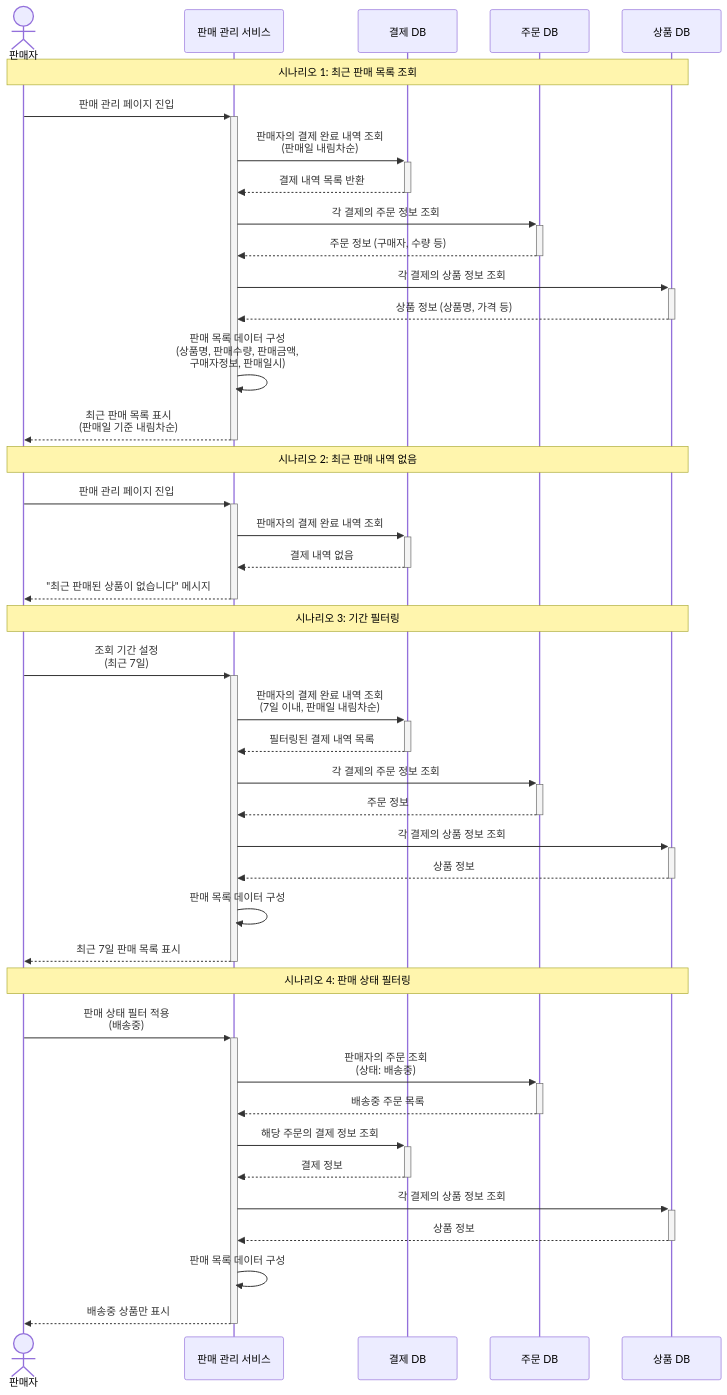
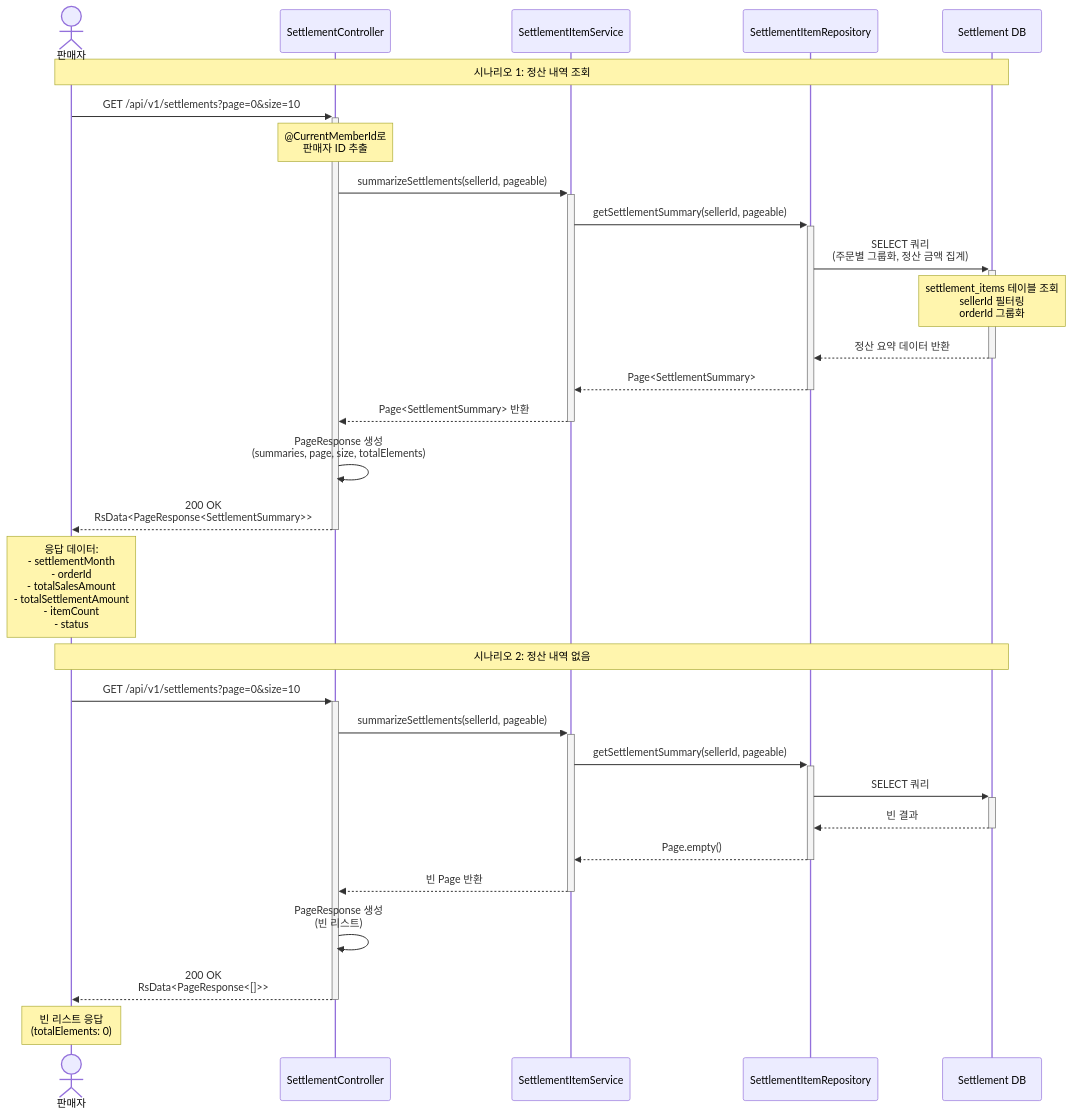
One commit to prgrms-be-adv-devcourse/beadv4_4_Team201_BE changed the diagram in docs/sequences/4.15-recent-sales-list.md. Above: the diagram before and after it, drawn with Mermaid. The commit also changed other lines of this file and 48 other files, not shown here.

````diff
--- a/docs/sequences/4.15-recent-sales-list.md
+++ b/docs/sequences/4.15-recent-sales-list.md
@@ -5,64 +5,51 @@
 ```mermaid
 sequenceDiagram
     actor Seller as 판매자
-    participant SalesService as 판매 관리 서비스
-    participant PaymentDB as 결제 DB
-    participant OrderDB as 주문 DB
-    participant ProductDB as 상품 DB
+    participant Controller as SettlementController
+    participant SettlementItemService as SettlementItemService
+    participant SettlementItemRepository as SettlementItemRepository
+    participant SettlementDB as Settlement DB
 
-    Note over Seller,ProductDB: 시나리오 1: 최근 판매 목록 조회
+    Note over Seller,SettlementDB: 시나리오 1: 정산 내역 조회
 
-    Seller->>+SalesService: 판매 관리 페이지 진입
-    SalesService->>+PaymentDB: 판매자의 결제 완료 내역 조회<br/>(판매일 내림차순)
-    PaymentDB-->>-SalesService: 결제 내역 목록 반환
+    Seller->>+Controller: GET /api/v1/settlements?page=0&size=10
+    Note over Controller: @CurrentMemberId로<br/>판매자 ID 추출
 
-    SalesService->>+OrderDB: 각 결제의 주문 정보 조회
-    OrderDB-->>-SalesService: 주문 정보 (구매자, 수량 등)
+    Controller->>+SettlementItemService: summarizeSettlements(sellerId, pageable)
 
-    SalesService->>+ProductDB: 각 결제의 상품 정보 조회
-    ProductDB-->>-SalesService: 상품 정보 (상품명, 가격 등)
+    SettlementItemService->>+SettlementItemRepository: getSettlementSummary(sellerId, pageable)
 
-    SalesService->>SalesService: 판매 목록 데이터 구성<br/>(상품명, 판매수량, 판매금액,<br/>구매자정보, 판매일시)
+    SettlementItemRepository->>+SettlementDB: SELECT 쿼리<br/>(주문별 그룹화, 정산 금액 집계)
+    Note over SettlementDB: settlement_items 테이블 조회<br/>sellerId 필터링<br/>orderId 그룹화
 
-    SalesService-->>-Seller: 최근 판매 목록 표시<br/>(판매일 기준 내림차순)
+    SettlementDB-->>-SettlementItemRepository: 정산 요약 데이터 반환
 
-    Note over Seller,ProductDB: 시나리오 2: 최근 판매 내역 없음
+    SettlementItemRepository-->>-SettlementItemService: Page<SettlementSummary>
 
-    Seller->>+SalesService: 판매 관리 페이지 진입
-    SalesService->>+PaymentDB: 판매자의 결제 완료 내역 조회
-    PaymentDB-->>-SalesService: 결제 내역 없음
+    SettlementItemService-->>-Controller: Page<SettlementSummary> 반환
 
-    SalesService-->>-Seller: "최근 판매된 상품이 없습니다" 메시지
+    Controller->>Controller: PageResponse 생성<br/>(summaries, page, size, totalElements)
 
-    Note over Seller,ProductDB: 시나리오 3: 기간 필터링
+    Controller-->>-Seller: 200 OK<br/>RsData<PageResponse<SettlementSummary>>
 
-    Seller->>+SalesService: 조회 기간 설정<br/>(최근 7일)
-    SalesService->>+PaymentDB: 판매자의 결제 완료 내역 조회<br/>(7일 이내, 판매일 내림차순)
-    PaymentDB-->>-SalesService: 필터링된 결제 내역 목록
+    Note over Seller: 응답 데이터:<br/>- settlementMonth<br/>- orderId<br/>- totalSalesAmount<br/>- totalSettlementAmount<br/>- itemCount<br/>- status
 
-    SalesService->>+OrderDB: 각 결제의 주문 정보 조회
-    OrderDB-->>-SalesService: 주문 정보
+    Note over Seller,SettlementDB: 시나리오 2: 정산 내역 없음
 
-    SalesService->>+ProductDB: 각 결제의 상품 정보 조회
-    ProductDB-->>-SalesService: 상품 정보
+    Seller->>+Controller: GET /api/v1/settlements?page=0&size=10
+    Controller->>+SettlementItemService: summarizeSettlements(sellerId, pageable)
+    SettlementItemService->>+SettlementItemRepository: getSettlementSummary(sellerId, pageable)
 
-    SalesService->>SalesService: 판매 목록 데이터 구성
+    SettlementItemRepository->>+SettlementDB: SELECT 쿼리
+    SettlementDB-->>-SettlementItemRepository: 빈 결과
 
-    SalesService-->>-Seller: 최근 7일 판매 목록 표시
+    SettlementItemRepository-->>-SettlementItemService: Page.empty()
 
-    Note over Seller,ProductDB: 시나리오 4: 판매 상태 필터링
+    SettlementItemService-->>-Controller: 빈 Page 반환
 
-    Seller->>+SalesService: 판매 상태 필터 적용<br/>(배송중)
-    SalesService->>+OrderDB: 판매자의 주문 조회<br/>(상태: 배송중)
-    OrderDB-->>-SalesService: 배송중 주문 목록
+    Controller->>Controller: PageResponse 생성<br/>(빈 리스트)
 
-    SalesService->>+PaymentDB: 해당 주문의 결제 정보 조회
-    PaymentDB-->>-SalesService: 결제 정보
+    Controller-->>-Seller: 200 OK<br/>RsData<PageResponse<[]>>
 
-    SalesService->>+ProductDB: 각 결제의 상품 정보 조회
-    ProductDB-->>-SalesService: 상품 정보
-
-    SalesService->>SalesService: 판매 목록 데이터 구성
-
-    SalesService-->>-Seller: 배송중 상품만 표시
+    Note over Seller: 빈 리스트 응답<br/>(totalElements: 0)
 ```
````
